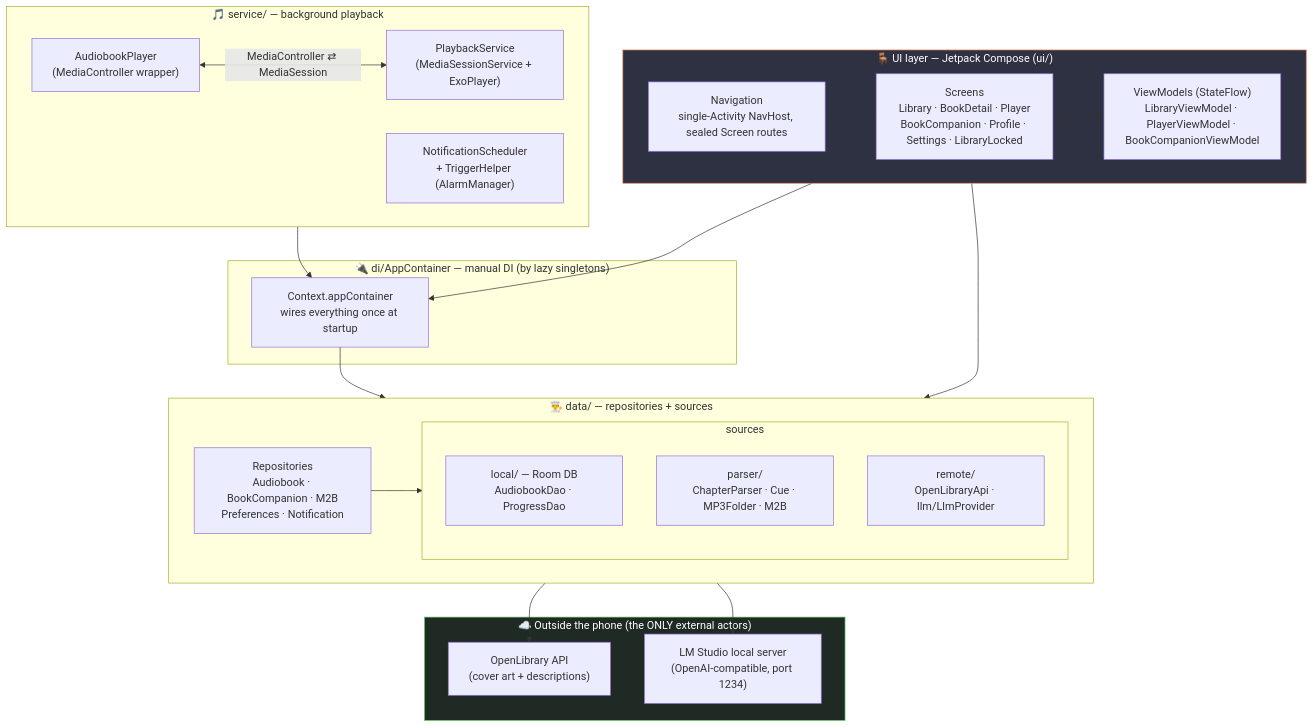
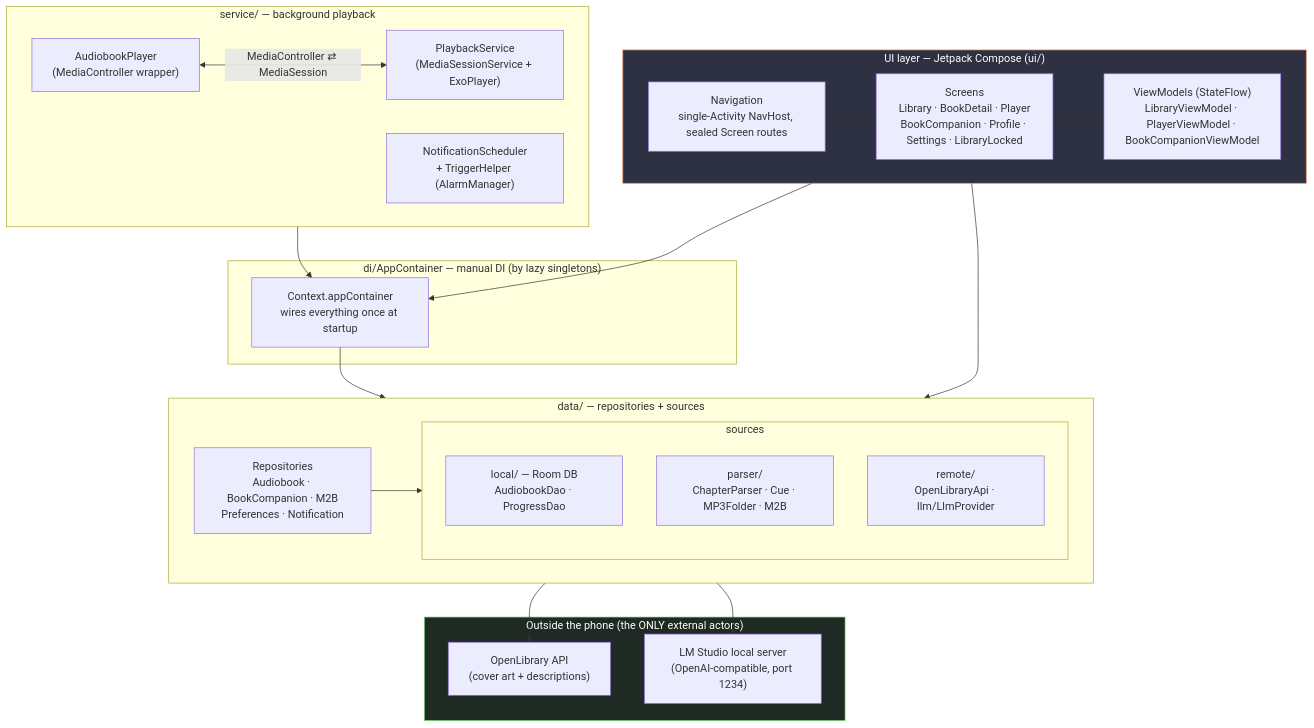
Before and after one commit to DICEsda/Mobile-Application-Development-COURSE: the first of 6 diagrams in Final Submission Project/ARCHITECTURE.md, drawn with Mermaid. The commit also changed other lines of this file and 2 other files, not shown here.

First line of the commit message:
docs: remove all emojis from architecture diagrams and notes

````diff
--- a/Final Submission Project/ARCHITECTURE.md
+++ b/Final Submission Project/ARCHITECTURE.md
@@ -30,52 +30,52 @@
 ```mermaid
 flowchart TB
-    subgraph UI["🪑 UI layer — Jetpack Compose (ui/)"]
+    subgraph UI["UI layer — Jetpack Compose (ui/)"]
         direction LR
         Screens["Screens<br/>Library · BookDetail · Player<br/>BookCompanion · Profile · Settings · LibraryLocked"]
         VMs["ViewModels (StateFlow)<br/>LibraryViewModel · PlayerViewModel · BookCompanionViewModel"]
         Nav["Navigation<br/>single-Activity NavHost, sealed Screen routes"]
         Screens <--> VMs
         Nav --- Screens
     end
 
-    subgraph DI["🔌 di/AppContainer — manual DI (by lazy singletons)"]
+    subgraph DI["di/AppContainer — manual DI (by lazy singletons)"]
         Container["Context.appContainer<br/>wires everything once at startup"]
     end
 
-    subgraph DATA["👨‍🍳 data/ — repositories + sources"]
+    subgraph DATA["data/ — repositories + sources"]
         direction LR
         Repos["Repositories<br/>Audiobook · BookCompanion · M2B<br/>Preferences · Notification"]
         subgraph SOURCES["sources"]
             direction TB
             Local["local/ — Room DB<br/>AudiobookDao · ProgressDao"]
             Parser["parser/<br/>ChapterParser · Cue · MP3Folder · M2B"]
             Remote["remote/<br/>OpenLibraryApi · llm/LlmProvider"]
         end
         Repos --> SOURCES
     end
 
-    subgraph SERVICE["🎵 service/ — background playback"]
+    subgraph SERVICE["service/ — background playback"]
         Playback["PlaybackService<br/>(MediaSessionService + ExoPlayer)"]
         Player["AudiobookPlayer<br/>(MediaController wrapper)"]
         Notif["NotificationScheduler<br/>+ TriggerHelper (AlarmManager)"]
     end
 
-    subgraph EXT["☁️ Outside the phone (the ONLY external actors)"]
+    subgraph EXT["Outside the phone (the ONLY external actors)"]
         OL["OpenLibrary API<br/>(cover art + descriptions)"]
         LLM["LM Studio local server<br/>(OpenAI-compatible, port 1234)"]
     end
 
     UI --> Container
     SERVICE --> Container
     Container --> DATA
     VMs --> Repos
     Player <-->|"MediaController ⇄ MediaSession"| Playback
     Remote --> OL
     Remote --> LLM
 
     classDef ui fill:#2d3142,stroke:#ef8354,color:#fff
     classDef data fill:#3a3a4a,stroke:#8aa,color:#fff
     classDef ext fill:#1f2a24,stroke:#6c6,color:#fff
     class UI ui
     class EXT ext
 ```
````
